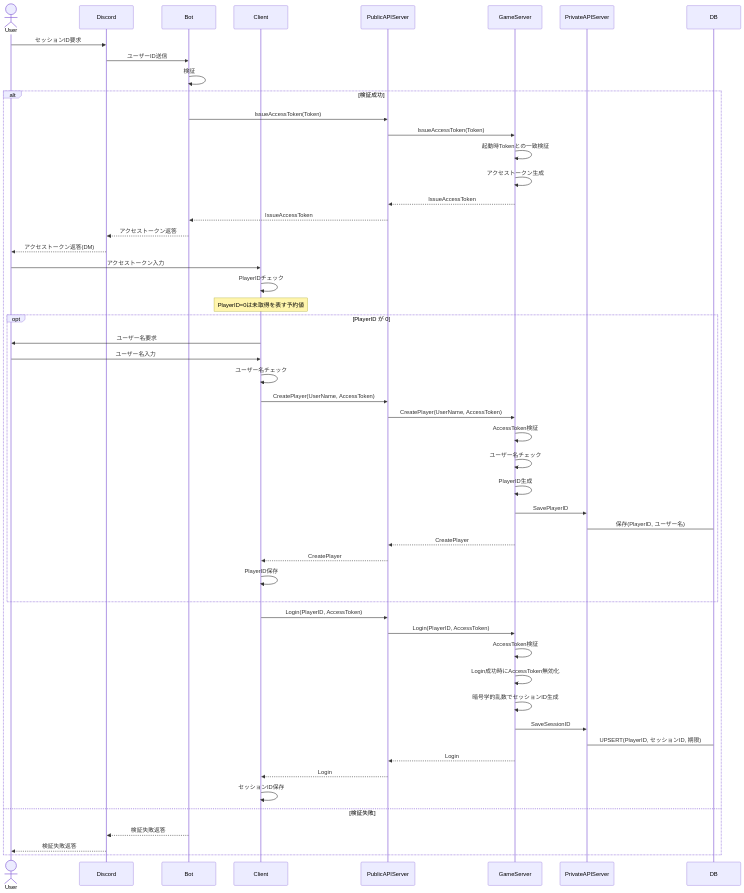
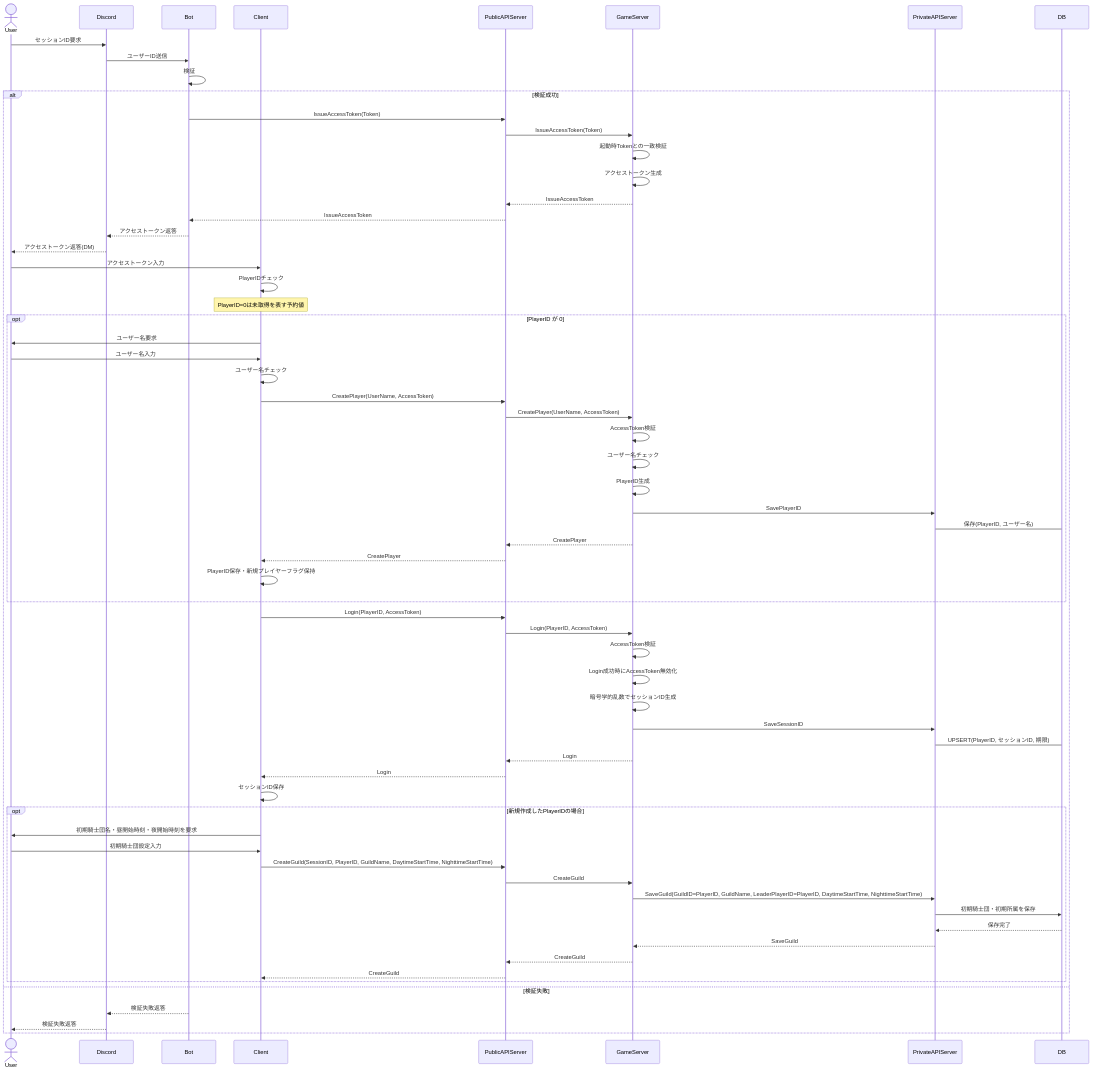
The first of 2 diagrams in design/session.md (ReHydrangeaOdyssey/Specifications), drawn with Mermaid before and after one commit. The commit also changed 19 other files, not shown here.

````diff
--- a/design/session.md
+++ b/design/session.md
@@ -20,59 +20,72 @@
 ```mermaid
 sequenceDiagram
     actor User
     participant Discord
     participant Bot
     participant Client
     participant PublicAPIServer
     participant GameServer
     participant PrivateAPIServer
     participant DB
 
     User->>Discord: セッションID要求
     Discord->>Bot: ユーザーID送信
     Bot->>Bot: 検証
 
     alt 検証成功
         Bot->>PublicAPIServer: IssueAccessToken(Token)
         PublicAPIServer->>GameServer: IssueAccessToken(Token)
         GameServer->>GameServer: 起動時Tokenとの一致検証
         GameServer->>GameServer: アクセストークン生成
         GameServer-->>PublicAPIServer: IssueAccessToken
         PublicAPIServer-->>Bot: IssueAccessToken
         Bot-->>Discord: アクセストークン返答
         Discord-->>User: アクセストークン返答(DM)
 
         User->>Client: アクセストークン入力
         Client->>Client: PlayerIDチェック
         Note over Client: PlayerID=0は未取得を表す予約値
         opt PlayerID が 0
             Client->>User: ユーザー名要求
             User->>Client: ユーザー名入力
             Client->>Client: ユーザー名チェック
             Client->>PublicAPIServer: CreatePlayer(UserName, AccessToken)
             PublicAPIServer->>GameServer: CreatePlayer(UserName, AccessToken)
             GameServer->>GameServer: AccessToken検証
             GameServer->>GameServer: ユーザー名チェック
             GameServer->>GameServer: PlayerID生成
             GameServer->>PrivateAPIServer: SavePlayerID
             PrivateAPIServer->DB: 保存(PlayerID, ユーザー名)
             GameServer-->>PublicAPIServer: CreatePlayer
             PublicAPIServer-->>Client: CreatePlayer
-            Client->>Client: PlayerID保存
+            Client->>Client: PlayerID保存・新規プレイヤーフラグ保持
         end
 
         Client->>PublicAPIServer: Login(PlayerID, AccessToken) 
         PublicAPIServer->>GameServer: Login(PlayerID, AccessToken) 
         GameServer->>GameServer: AccessToken検証
         GameServer->>GameServer: Login成功時にAccessToken無効化
         GameServer->>GameServer: 暗号学的乱数でセッションID生成
         GameServer->>PrivateAPIServer: SaveSessionID
         PrivateAPIServer->DB: UPSERT(PlayerID, セッションID, 期限)
         GameServer-->>PublicAPIServer: Login
         PublicAPIServer-->>Client: Login    
         Client->>Client: セッションID保存
+
+        opt 新規作成したPlayerIDの場合
+            Client->>User: 初期騎士団名・昼開始時刻・夜開始時刻を要求
+            User->>Client: 初期騎士団設定入力
+            Client->>PublicAPIServer: CreateGuild(SessionID, PlayerID, GuildName, DaytimeStartTime, NighttimeStartTime)
+            PublicAPIServer->>GameServer: CreateGuild
+            GameServer->>PrivateAPIServer: SaveGuild(GuildID=PlayerID, GuildName, LeaderPlayerID=PlayerID, DaytimeStartTime, NighttimeStartTime)
+            PrivateAPIServer->>DB: 初期騎士団・初期所属を保存
+            DB-->>PrivateAPIServer: 保存完了
+            PrivateAPIServer-->>GameServer: SaveGuild
+            GameServer-->>PublicAPIServer: CreateGuild
+            PublicAPIServer-->>Client: CreateGuild
+        end
     else 検証失敗
         Bot-->>Discord: 検証失敗返答
         Discord-->>User: 検証失敗返答
     end
 ```
````
